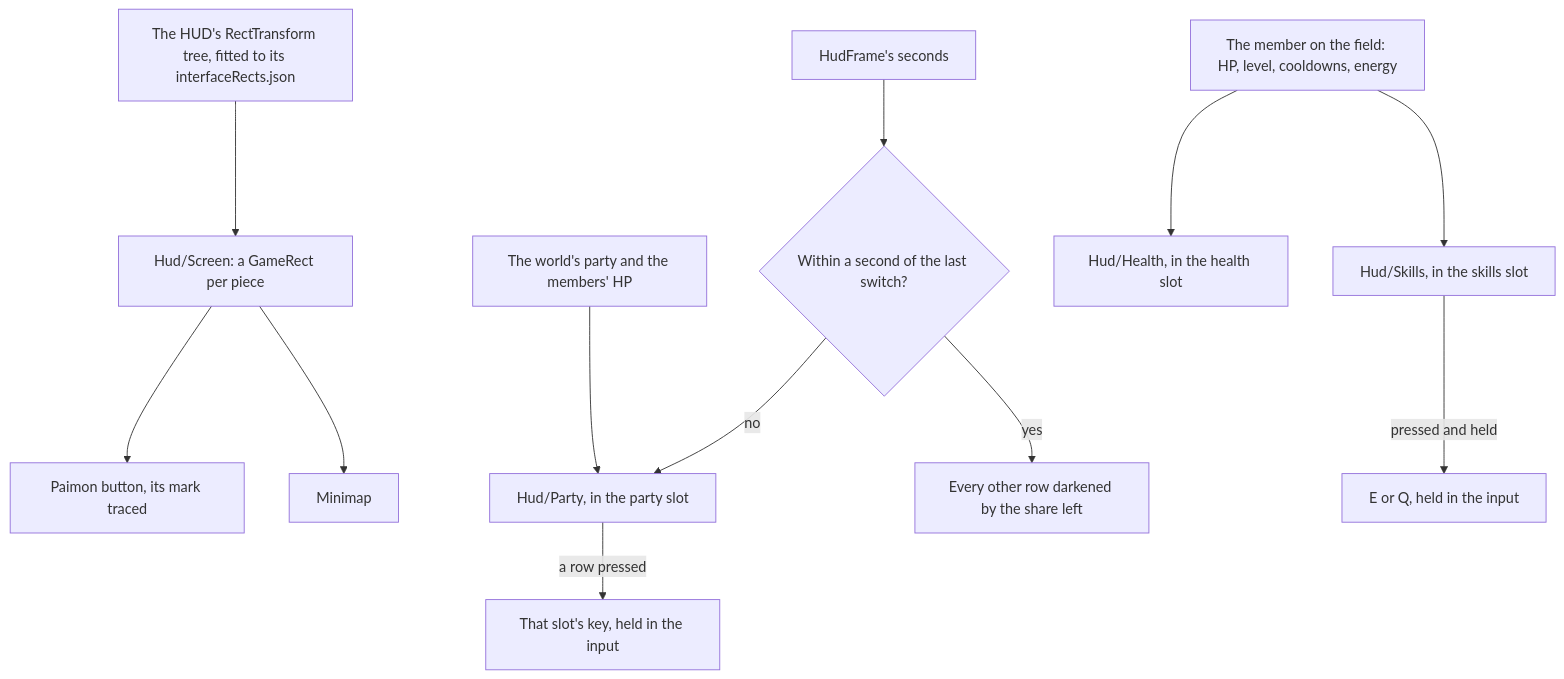
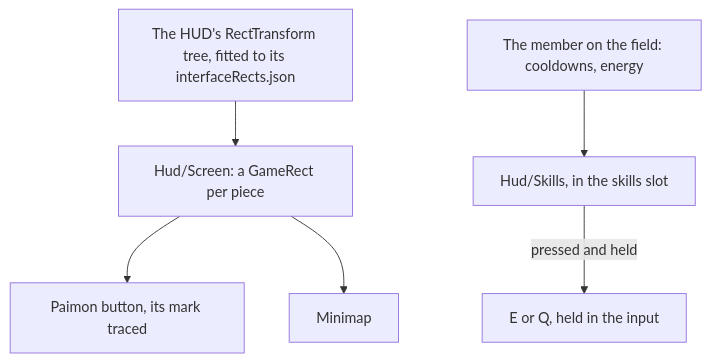
Before and after one commit to Esposter/Esposter: the diagram in apps/web/content/docs/proposals/genshin/hud.md, drawn with Mermaid. The commit also changed other lines of this file and 4 other files, not shown here.

Commit message:
docs(genshin): the HUD's party portraits and the member's health are as-built on the HUD page, their decisions moved there from the proposals, which keep the skill and burst buttons still to build

````diff
--- a/apps/web/content/docs/proposals/genshin/hud.md
+++ b/apps/web/content/docs/proposals/genshin/hud.md
@@ -22,14 +20,8 @@
 ```mermaid
 flowchart TD
   TREE["The HUD's RectTransform tree, fitted to its interfaceRects.json"] --> SCR["Hud/Screen: a GameRect per piece"]
   SCR --> PB["Paimon button, its mark traced"]
   SCR --> MM["Minimap"]
-  PARTY["The world's party and the members' HP"] --> PL["Hud/Party, in the party slot"]
-  CLOCK["HudFrame's seconds"] --> COOL{"Within a second of the last switch?"}
-  COOL -->|"yes"| DARK["Every other row darkened by the share left"]
-  COOL -->|"no"| PL
-  PL -->|"a row pressed"| KEY["That slot's key, held in the input"]
-  FIELD["The member on the field: HP, level, cooldowns, energy"] --> HB["Hud/Health, in the health slot"]
-  FIELD --> SK["Hud/Skills, in the skills slot"]
+  FIELD["The member on the field: cooldowns, energy"] --> SK["Hud/Skills, in the skills slot"]
   SK -->|"pressed and held"| EQ["E or Q, held in the input"]
 ```
````
